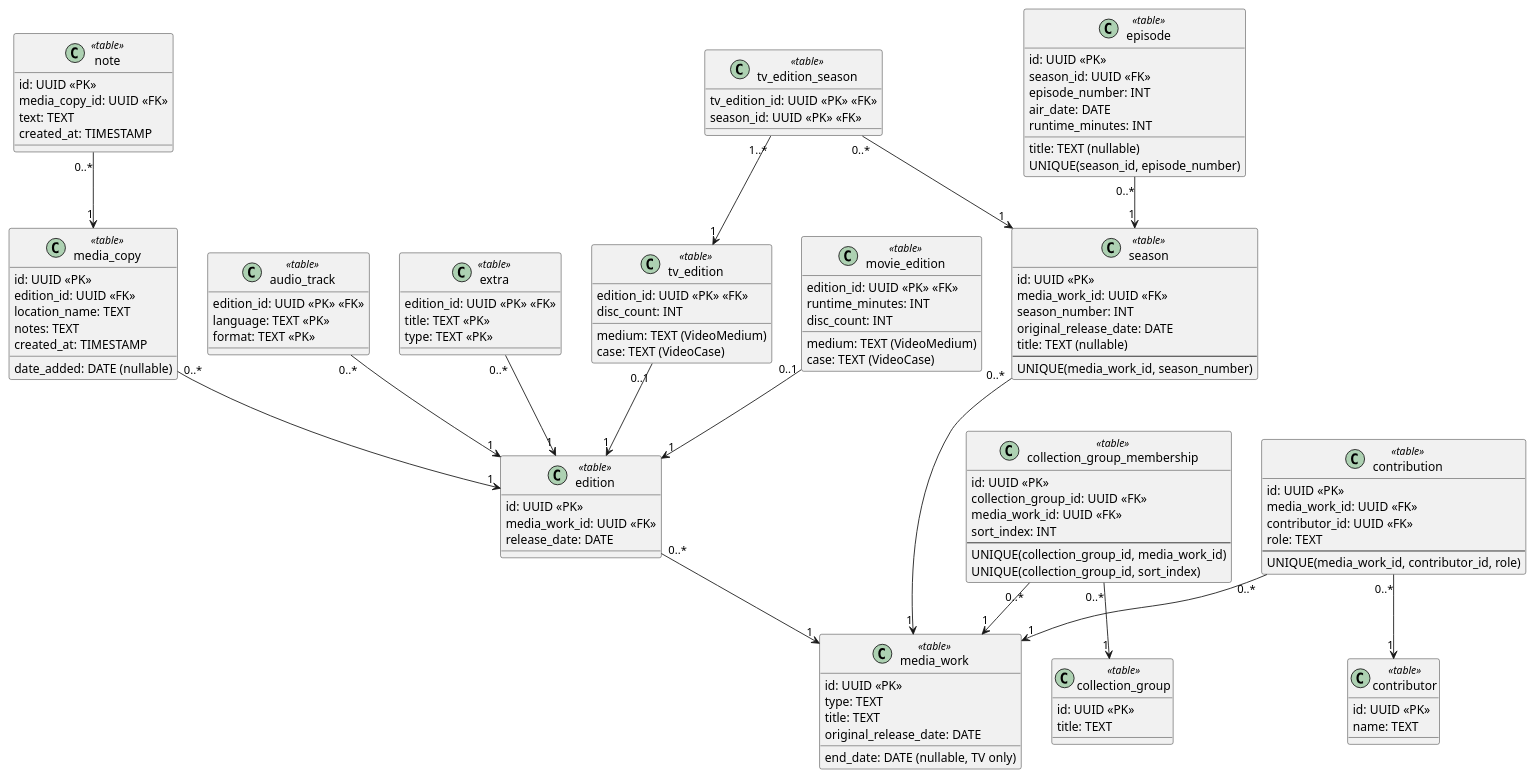
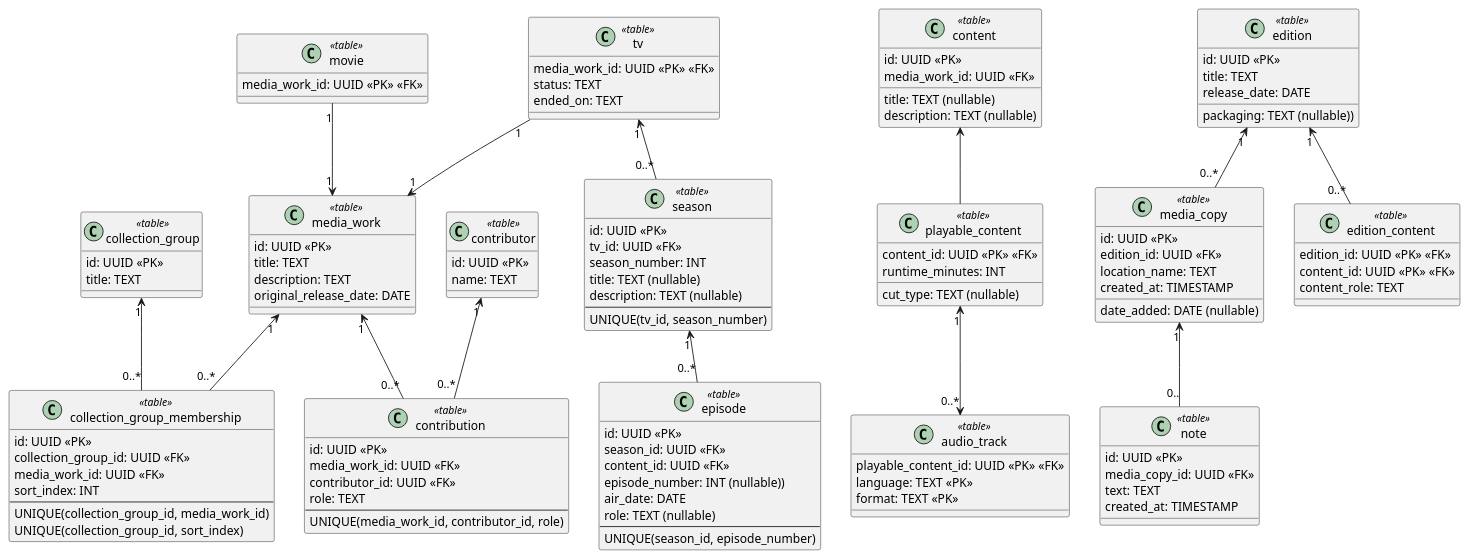
Before and after one commit to yantue/colleq: the diagram in docs/uml/data/data-model.puml, drawn with PlantUML.

Commit message:
docs: Update data model to match domain model

```diff
--- a/docs/uml/data/data-model.puml
+++ b/docs/uml/data/data-model.puml
@@ -1,149 +1,148 @@
 @startuml
 skinparam classAttributeIconSize 0
 
 ' ===== MEDIA =====
 class media_work <<table>> {
     id: UUID <<PK>>
-    type: TEXT
     title: TEXT
+    description: TEXT
     original_release_date: DATE
-    end_date: DATE (nullable, TV only)
 }
 
-class edition <<table>> {
+class content <<table>> {
     id: UUID <<PK>>
     media_work_id: UUID <<FK>>
-    release_date: DATE
+    title: TEXT (nullable)
+    description: TEXT (nullable)
 }
 
-edition "0..*" --> "1" media_work
-
-class extra <<table>> {
-    edition_id: UUID <<PK>> <<FK>>
-    title: TEXT <<PK>>
-    type: TEXT <<PK>>
+class playable_content <<table>> {
+    content_id: UUID <<PK>> <<FK>>
+    runtime_minutes: INT
+    cut_type: TEXT (nullable)
 }
 
-extra "0..*" --> "1" edition
+content <-- playable_content
+
+class audio_track <<table>> {
+    playable_content_id: UUID <<PK>> <<FK>>
+    language: TEXT <<PK>>
+    format: TEXT <<PK>>
+}
+
+playable_content "1" <--> "0..*" audio_track
 
 class media_copy <<table>> {
     id: UUID <<PK>>
     edition_id: UUID <<FK>>
     location_name: TEXT
-    notes: TEXT
     date_added: DATE (nullable)
     created_at: TIMESTAMP
 }
-
-media_copy "0..*" --> "1" edition
 
 class note <<table>> {
     id: UUID <<PK>>
     media_copy_id: UUID <<FK>>
     text: TEXT
     created_at: TIMESTAMP
 }
 
-note "0..*" --> "1" media_copy
+media_copy "1" <-- "0.." note
 
 ' ===== MOVIE =====
-class movie_edition <<table>> {
-    edition_id: UUID <<PK>> <<FK>>
-    runtime_minutes: INT
-    medium: TEXT (VideoMedium)
-    case: TEXT (VideoCase)
-    disc_count: INT
+class movie <<table>> {
+    media_work_id: UUID <<PK>> <<FK>>
 }
 
-movie_edition "0..1" --> "1" edition
+movie "1" --> "1" media_work
 
 ' ===== TV =====
-class tv_edition <<table>> {
-    edition_id: UUID <<PK>> <<FK>>
-    medium: TEXT (VideoMedium)
-    case: TEXT (VideoCase)
-    disc_count: INT
+class tv <<table>> {
+    media_work_id: UUID <<PK>> <<FK>>
+    status: TEXT
+    ended_on: TEXT
 }
 
-tv_edition "0..1" --> "1" edition
+tv "1" --> "1" media_work
 
 class season <<table>> {
     id: UUID <<PK>>
-    media_work_id: UUID <<FK>>
+    tv_id: UUID <<FK>>
     season_number: INT
-    original_release_date: DATE
     title: TEXT (nullable)
+    description: TEXT (nullable)
     --
-    UNIQUE(media_work_id, season_number)
+    UNIQUE(tv_id, season_number)
 }
 
-season "0..*" --> "1" media_work
+tv "1" <-- "0..*" season
 
 class episode <<table>> {
     id: UUID <<PK>>
     season_id: UUID <<FK>>
-    episode_number: INT
+    content_id: UUID <<FK>>
+    episode_number: INT (nullable))
     air_date: DATE
-    runtime_minutes: INT
-    title: TEXT (nullable)
+    role: TEXT (nullable)
+    --
     UNIQUE(season_id, episode_number)
 }
 
-episode "0..*" --> "1" season
+season "1" <-- "0..*" episode
 
-class tv_edition_season <<table>> {
-    tv_edition_id: UUID <<PK>> <<FK>>
-    season_id: UUID <<PK>> <<FK>>
+' ===== EDITION =====
+class edition <<table>> {
+    id: UUID <<PK>>
+    title: TEXT
+    release_date: DATE
+    packaging: TEXT (nullable))
 }
 
-tv_edition_season "1..*" --> "1" tv_edition
-tv_edition_season "0..*" --> "1" season
+edition "1" <-- "0..*" media_copy
 
-' ===== MOVIE/TV =====
-
-class audio_track <<table>> {
+class edition_content <<table>> {
     edition_id: UUID <<PK>> <<FK>>
-    language: TEXT <<PK>>
-    format: TEXT <<PK>>
+    content_id: UUID <<PK>> <<FK>>
+    content_role: TEXT
 }
 
-audio_track "0..*" --> "1" edition
+edition "1" <-- "0..*" edition_content
 
 ' ===== COLLECTION GROUP =====
 class collection_group <<table>> {
     id: UUID <<PK>>
     title: TEXT
 }
 
 class collection_group_membership <<table>> {
     id: UUID <<PK>>
     collection_group_id: UUID <<FK>>
     media_work_id: UUID <<FK>>
     sort_index: INT
     --
     UNIQUE(collection_group_id, media_work_id)
     UNIQUE(collection_group_id, sort_index)
 }
 
-collection_group_membership "0..*" --> "1" collection_group
-collection_group_membership "0..*" --> "1" media_work
+media_work "1" <-- "0..*" collection_group_membership
+collection_group "1" <-- "0..*" collection_group_membership
 
 ' ===== CONTRIBUTORS =====
 class contributor <<table>> {
     id: UUID <<PK>>
     name: TEXT
 }
 
 class contribution <<table>> {
     id: UUID <<PK>>
     media_work_id: UUID <<FK>>
     contributor_id: UUID <<FK>>
     role: TEXT
     --
     UNIQUE(media_work_id, contributor_id, role)
 }
 
-contribution "0..*" --> "1" contributor
-contribution "0..*" --> "1" media_work
+media_work "1" <-- "0..*" contribution
+contributor "1" <-- "0..*" contribution
 
 @enduml
```
